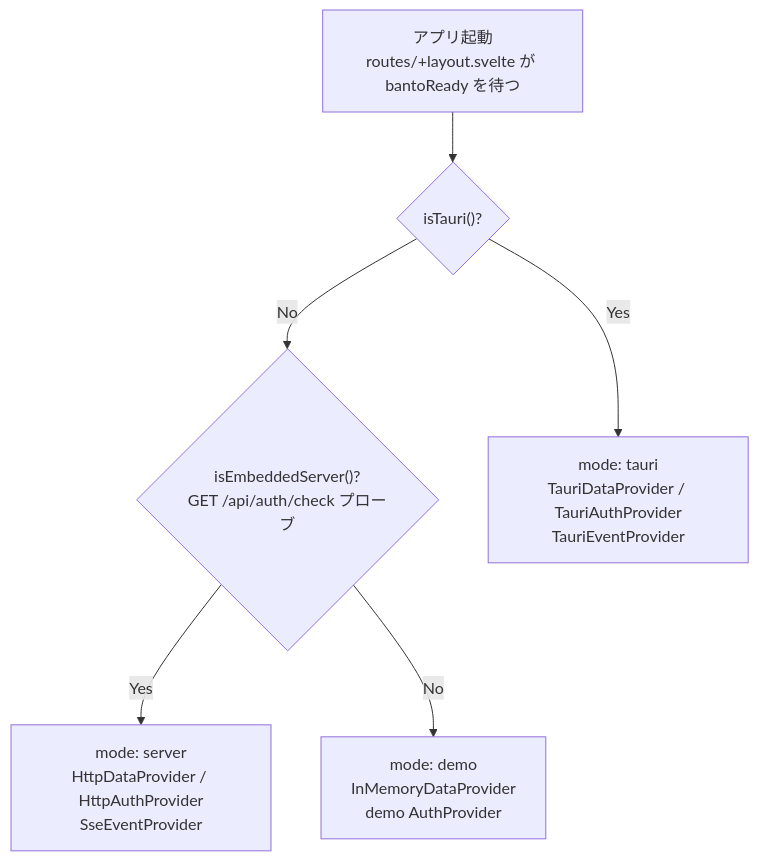
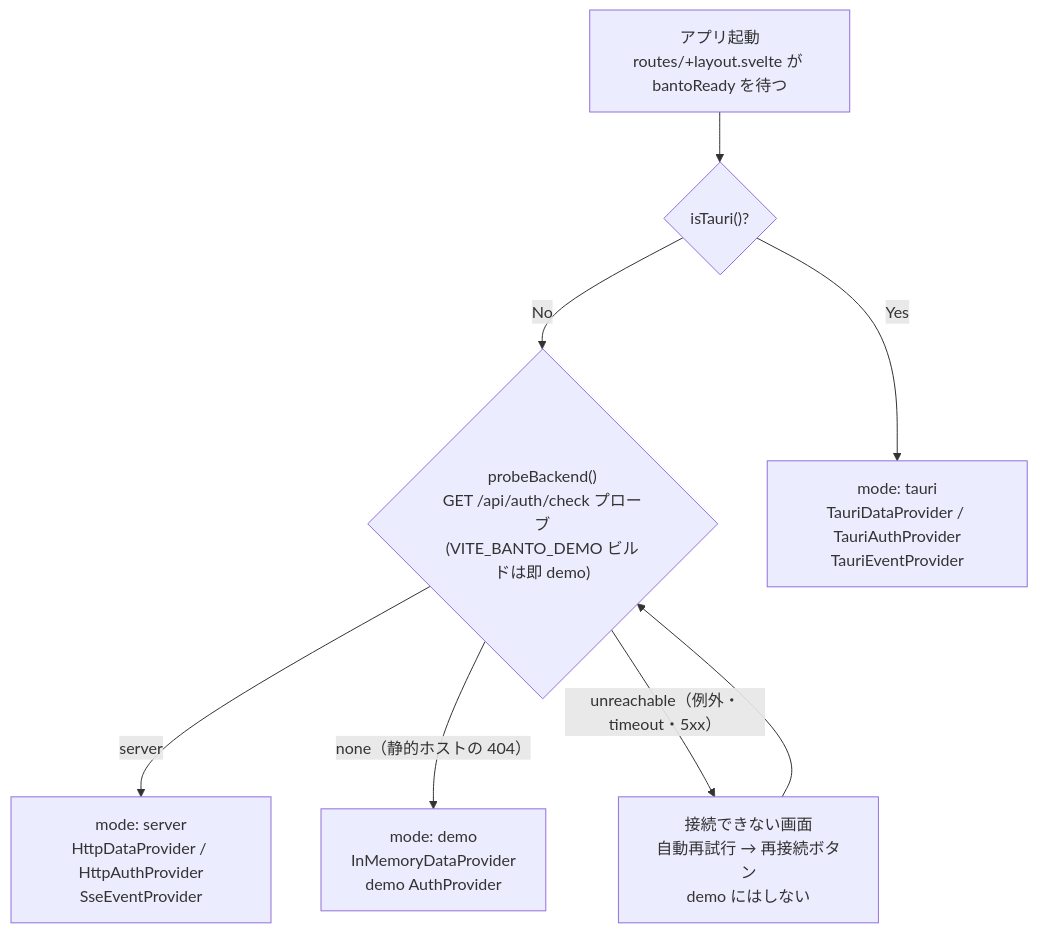
The first of 11 diagrams in docs/architecture-flows.md (tyaro/banto), drawn with Mermaid before and after one commit. The commit also changed other lines of this file and 11 other files, not shown here.

First line of the commit message:
fix(startup): 一時的な API 接続失敗で demo モードにならないようにする (#286)

````diff
--- a/docs/architecture-flows.md
+++ b/docs/architecture-flows.md
@@ -26,15 +26,16 @@
 ```mermaid
 flowchart TD
   START["アプリ起動<br/>routes/+layout.svelte が bantoReady を待つ"]
   T{"isTauri()?"}
-  E{"isEmbeddedServer()?<br/>GET /api/auth/check プローブ"}
+  E{"probeBackend()<br/>GET /api/auth/check プローブ<br/>(VITE_BANTO_DEMO ビルドは即 demo)"}
   TAURI["mode: tauri<br/>TauriDataProvider / TauriAuthProvider<br/>TauriEventProvider"]
   SERVER["mode: server<br/>HttpDataProvider / HttpAuthProvider<br/>SseEventProvider"]
   DEMO["mode: demo<br/>InMemoryDataProvider<br/>demo AuthProvider"]
 
   START --> T
   T -->|Yes| TAURI
   T -->|No| E
-  E -->|Yes| SERVER
-  E -->|No| DEMO
+  E -->|server| SERVER
+  E -->|"none（静的ホストの 404）"| DEMO
+  E -->|"unreachable（例外・timeout・5xx）"| RETRY["接続できない画面<br/>自動再試行 → 再接続ボタン<br/>demo にはしない"] --> E
 ```
````
